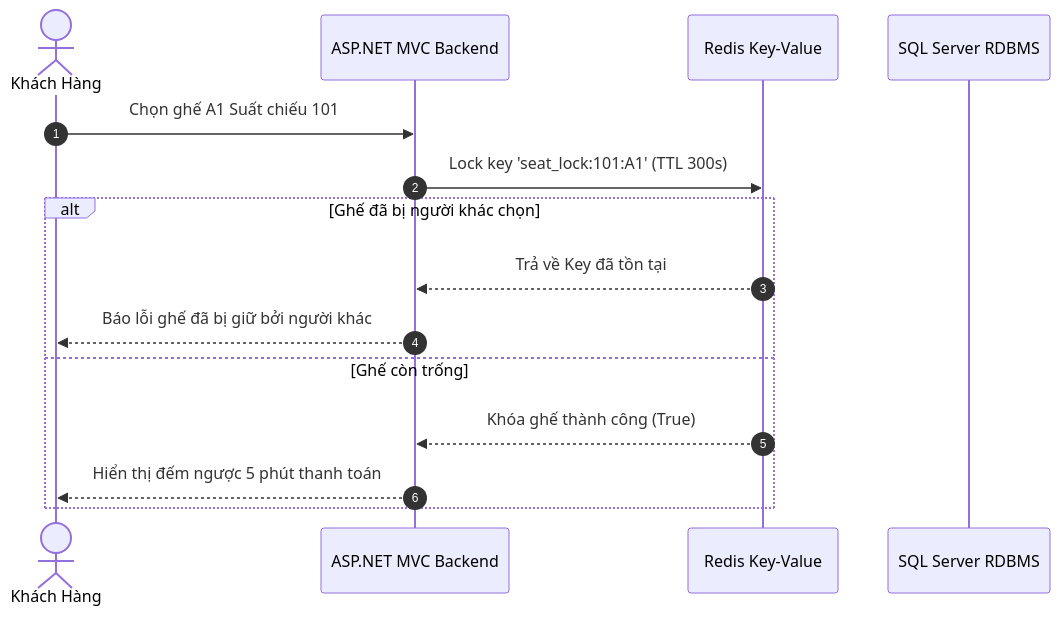
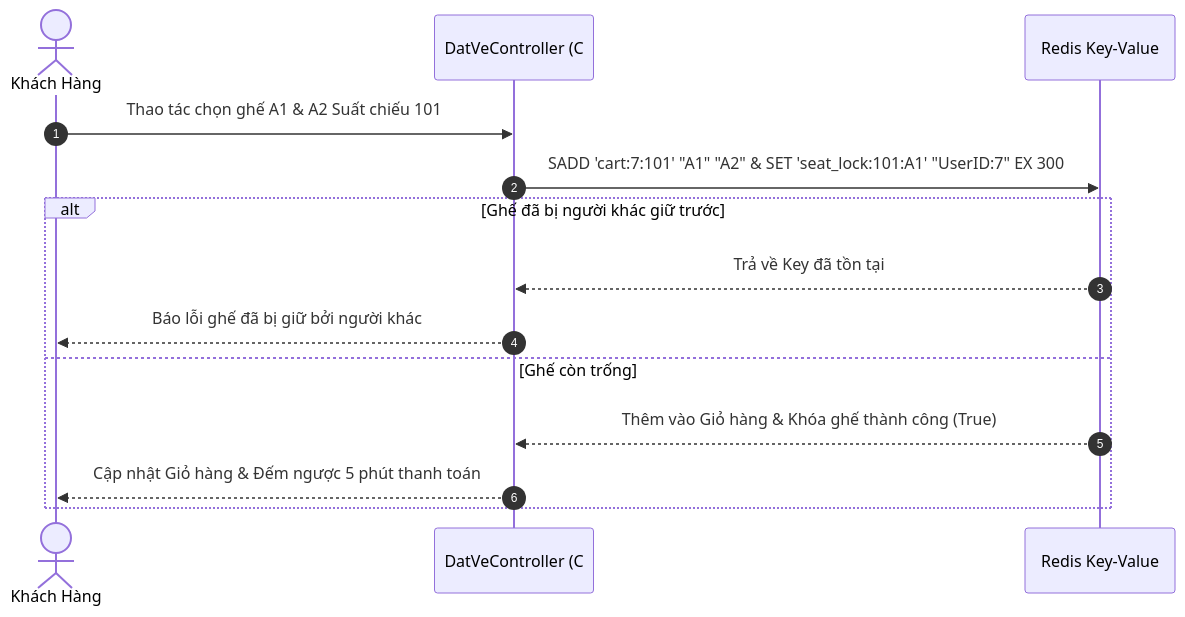
One commit to Anh-BE/WEB_DatVe_XemPhim changed the sixth of 13 diagrams in TaiLieu/TaiLieu_SDS_ToanBo_HeThong_Movana.md. Above: the diagram before and after it, drawn with Mermaid. The commit also changed other lines of this file and 1 other file, not shown here.

Commit message:
[Doc] Bo sung Luong Active Session Dang Nhap va Luong Gio Hang Dat Ve Redis vao Chuong 4 va Chuong 8

````diff
--- a/TaiLieu/TaiLieu_SDS_ToanBo_HeThong_Movana.md
+++ b/TaiLieu/TaiLieu_SDS_ToanBo_HeThong_Movana.md
@@ -479,18 +540,17 @@
 ```mermaid
 sequenceDiagram
     autonumber
     actor User as Khách Hàng
-    participant Web as ASP.NET MVC Backend
+    participant Web as DatVeController (C# Backend)
     participant Redis as Redis Key-Value
-    participant SQL as SQL Server RDBMS
 
-    User->>Web: Chọn ghế A1 Suất chiếu 101
-    Web->>Redis: Lock key 'seat_lock:101:A1' (TTL 300s)
-    alt Ghế đã bị người khác chọn
+    User->>Web: Thao tác chọn ghế A1 & A2 Suất chiếu 101
+    Web->>Redis: SADD 'cart:7:101' "A1" "A2" & SET 'seat_lock:101:A1' "UserID:7" EX 300
+    alt Ghế đã bị người khác giữ trước
         Redis-->>Web: Trả về Key đã tồn tại
         Web-->>User: Báo lỗi ghế đã bị giữ bởi người khác
     else Ghế còn trống
-        Redis-->>Web: Khóa ghế thành công (True)
-        Web-->>User: Hiển thị đếm ngược 5 phút thanh toán
+        Redis-->>Web: Thêm vào Giỏ hàng & Khóa ghế thành công (True)
+        Web-->>User: Cập nhật Giỏ hàng & Đếm ngược 5 phút thanh toán
     end
 ```
````
